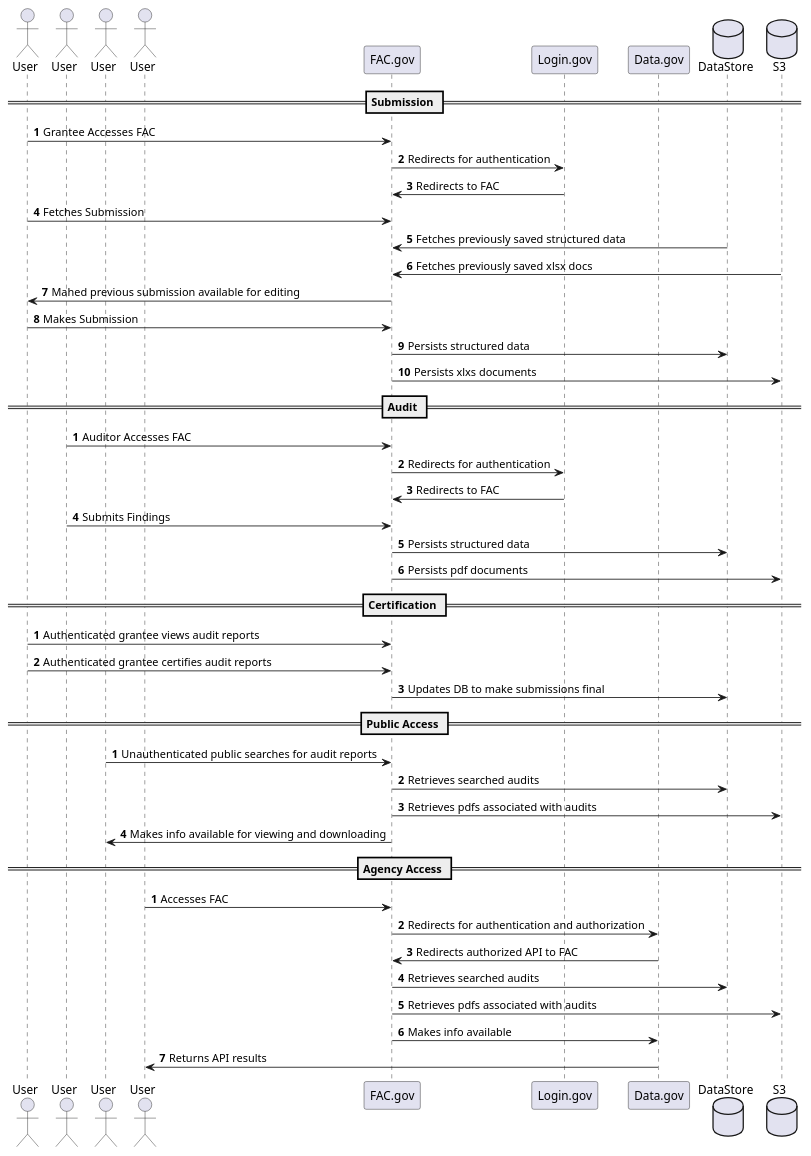
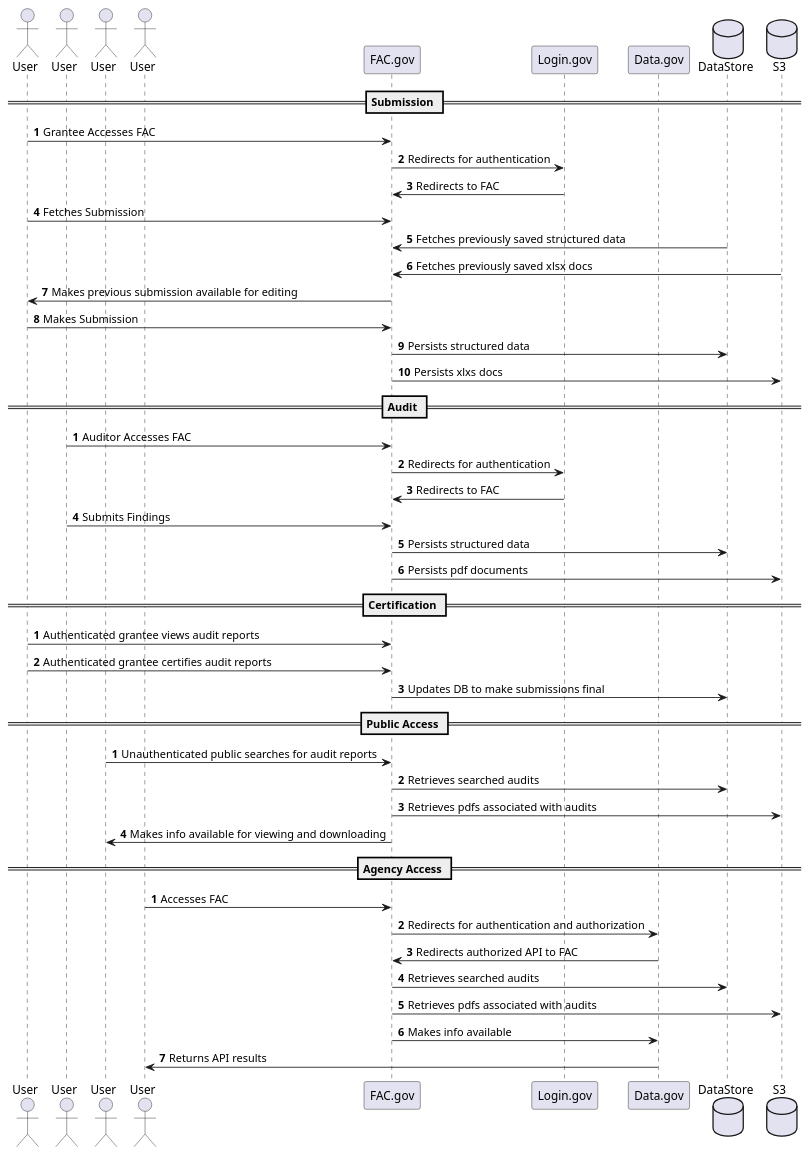
Before and after one commit to GSA-TTS/FAC: the diagram in docs/architecture/diagrams/src/FAC_Sequence.puml, drawn with PlantUML. The commit also changed 3 other files, not shown here.

```diff
--- a/docs/architecture/diagrams/src/FAC_Sequence.puml
+++ b/docs/architecture/diagrams/src/FAC_Sequence.puml
@@ -1,61 +1,61 @@
 @startuml
 Actor User as Grantee
 Actor User as Auditor
 Actor User as Public
 Actor User as Agency
 
 Participant “FAC.gov” as FAC
 Participant “Login.gov” as LoginGov
 Participant “Data.gov” as DataGov
 
 Database “DataStore” as DB
 Database "S3" as S3
 
 autonumber 
 == Submission ==
 Grantee -> FAC : Grantee Accesses FAC
 FAC -> LoginGov : Redirects for authentication
 LoginGov -> FAC : Redirects to FAC
 Grantee -> FAC : Fetches Submission
 DB -> FAC : Fetches previously saved structured data
 S3 -> FAC : Fetches previously saved xlsx docs
-FAC -> Grantee : Mahed previous submission available for editing
+FAC -> Grantee : Makes previous submission available for editing
 Grantee -> FAC : Makes Submission
 FAC -> DB : Persists structured data
-FAC -> S3 : Persists xlxs documents
+FAC -> S3 : Persists xlxs docs
 
 autonumber
 == Audit ==
 Auditor -> FAC : Auditor Accesses FAC
 FAC -> LoginGov : Redirects for authentication
 LoginGov -> FAC : Redirects to FAC
 Auditor -> FAC : Submits Findings
 FAC -> DB : Persists structured data
 FAC -> S3 : Persists pdf documents
 
 autonumber
 == Certification ==
 Grantee -> FAC : Authenticated grantee views audit reports
 Grantee -> FAC : Authenticated grantee certifies audit reports
 FAC -> DB : Updates DB to make submissions final
 
 autonumber
 == Public Access ==
 Public -> FAC : Unauthenticated public searches for audit reports
 FAC -> DB : Retrieves searched audits
 FAC -> S3 : Retrieves pdfs associated with audits
 FAC -> Public : Makes info available for viewing and downloading
 
 autonumber
 == Agency Access ==
 Agency -> FAC :  Accesses FAC
 FAC -> DataGov : Redirects for authentication and authorization
 DataGov -> FAC : Redirects authorized API to FAC
 FAC -> DB : Retrieves searched audits
 FAC -> S3 : Retrieves pdfs associated with audits
 FAC -> DataGov : Makes info available
 DataGov -> Agency : Returns API results
 
 
 
 @enduml
```
